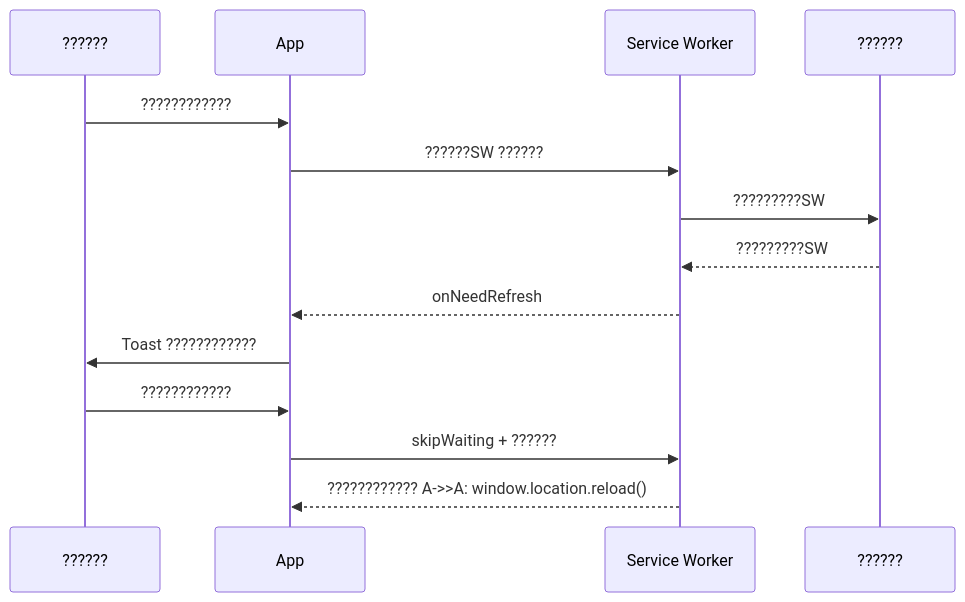
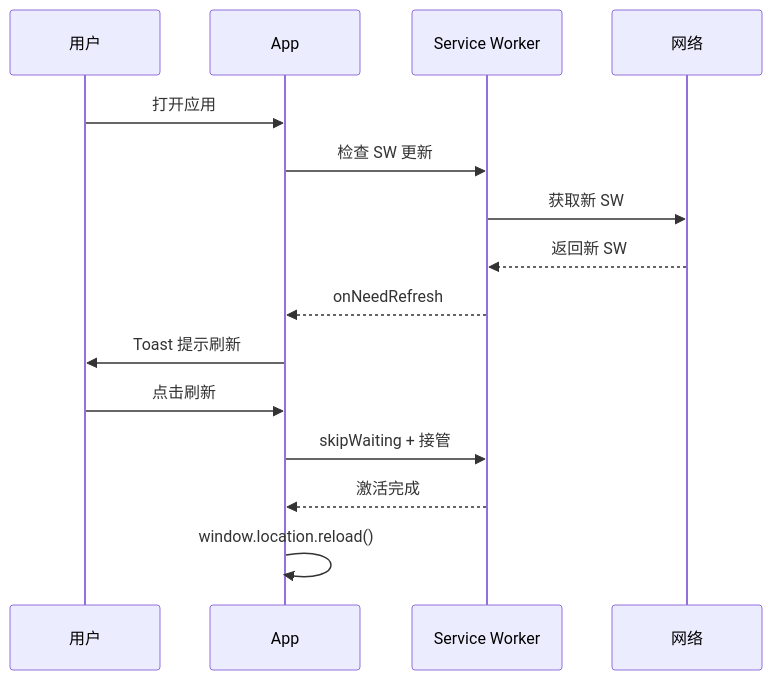
One commit to DHENGHONGYU/- changed the diagram in docs/reference/pwa-offline-guide.md. Above: the diagram before and after it, drawn with Mermaid. The commit also changed other lines of this file and 849 other files, not shown here.

````diff
--- a/docs/reference/pwa-offline-guide.md
+++ b/docs/reference/pwa-offline-guide.md
@@ -156,17 +157,18 @@
 ```mermaid
 sequenceDiagram
-    participant U as ??????
+    participant U as 用户
     participant A as App
     participant S as Service Worker
-    participant N as ??????
+    participant N as 网络
 
-    U->>A: ????????????
-    A->>S: ??????SW ??????
-    S->>N: ?????????SW
-    N-->>S: ?????????SW
+    U->>A: 打开应用
+    A->>S: 检查 SW 更新
+    S->>N: 获取新 SW
+    N-->>S: 返回新 SW
     S-->>A: onNeedRefresh
-    A->>U: Toast ????????????
-    U->>A: ????????????
-    A->>S: skipWaiting + ??????
-    S-->>A: ????????????    A->>A: window.location.reload()
+    A->>U: Toast 提示刷新
+    U->>A: 点击刷新
+    A->>S: skipWaiting + 接管
+    S-->>A: 激活完成
+    A->>A: window.location.reload()
 ```
````
